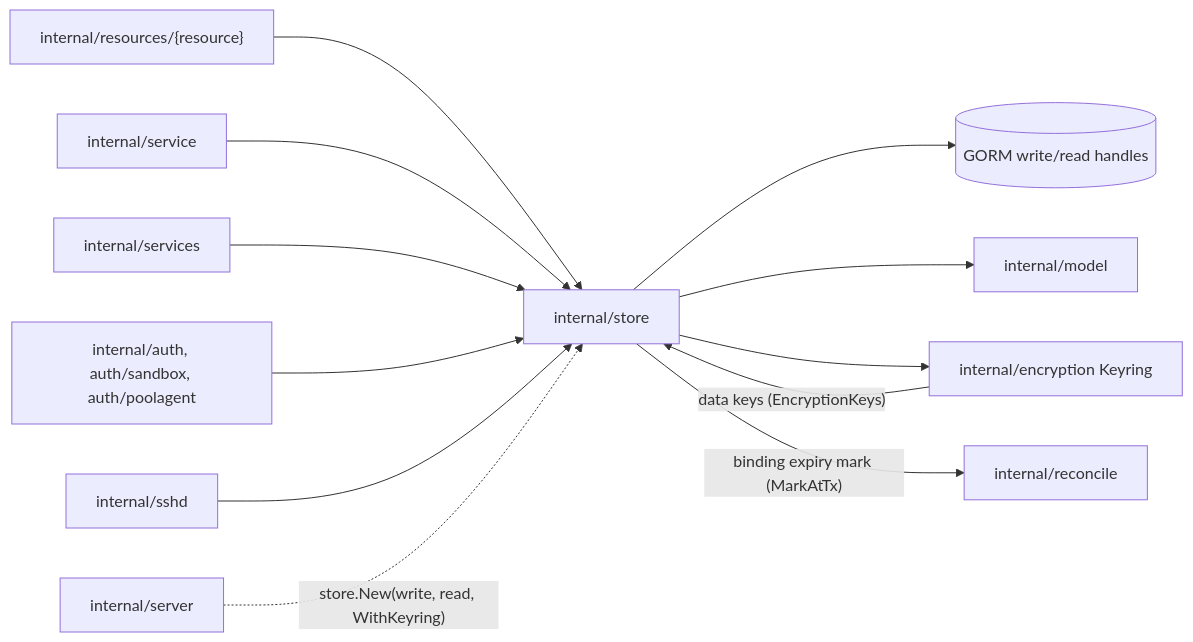
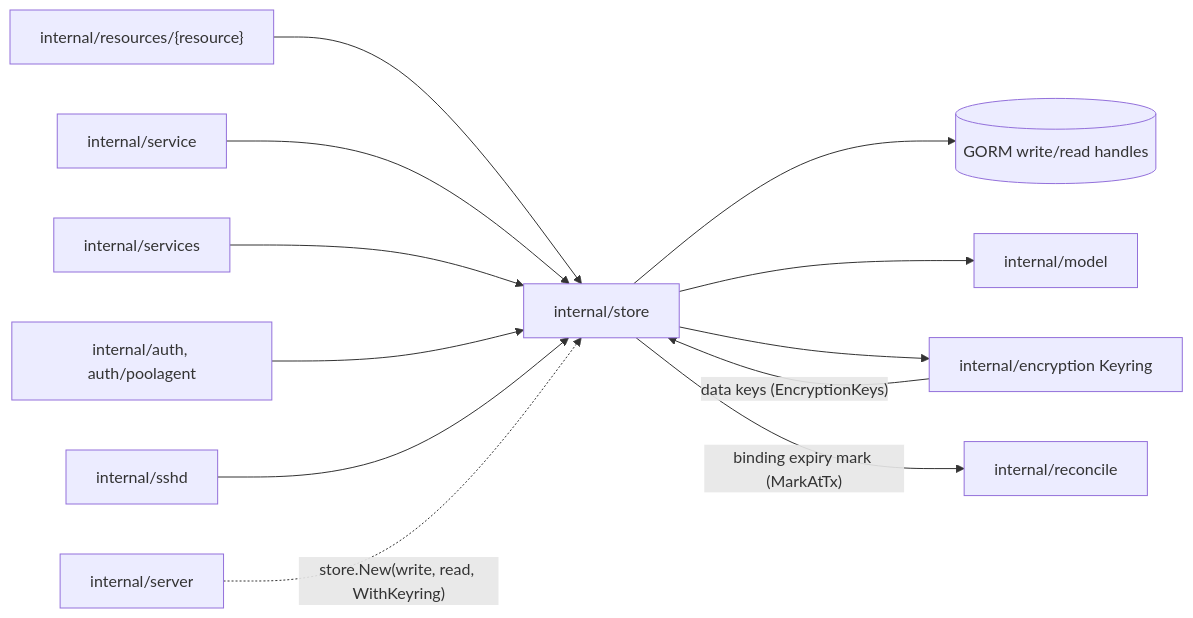
Before and after one commit to discobox-ai/discobox: the first of 2 diagrams in server/internal/store/DESIGN.md, drawn with Mermaid. The commit also changed 30 other files, not shown here.

````diff
--- a/server/internal/store/DESIGN.md
+++ b/server/internal/store/DESIGN.md
@@ -16,14 +16,14 @@
 ```mermaid
 flowchart LR
     resources["internal/resources/{resource}"] --> store[internal/store]
     service[internal/service] --> store
     services[internal/services] --> store
-    auth["internal/auth, auth/sandbox, auth/poolagent"] --> store
+    auth["internal/auth, auth/poolagent"] --> store
     sshd[internal/sshd] --> store
     router[internal/server] -. "store.New(write, read, WithKeyring)" .-> store
     store --> db[(GORM write/read handles)]
     store --> model[internal/model]
     store --> encryption[internal/encryption Keyring]
     encryption -- "data keys (EncryptionKeys)" --> store
     store -- "binding expiry mark (MarkAtTx)" --> reconcile[internal/reconcile]
 ```
````
